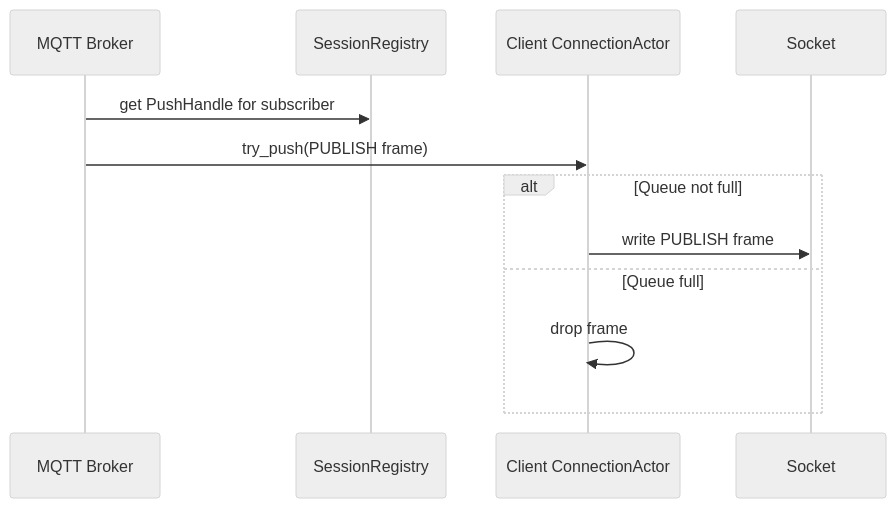
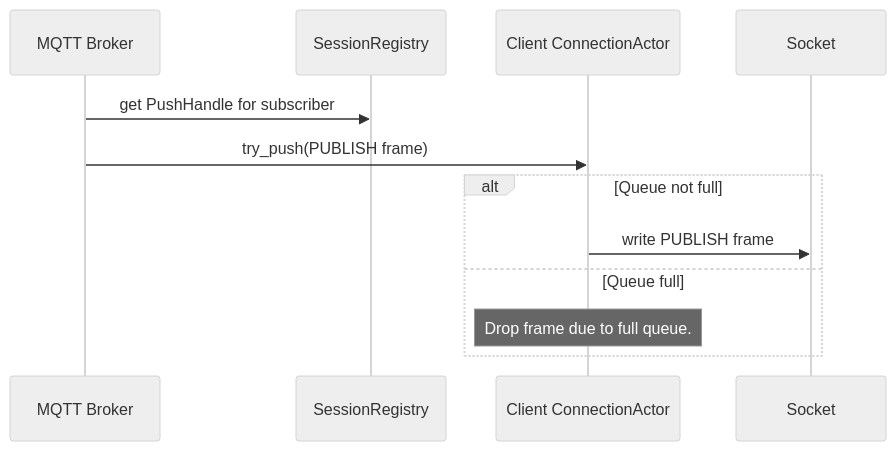
One commit to leynos/wireframe changed the seventh of 7 diagrams in docs/asynchronous-outbound-messaging-design.md. Above: the diagram before and after it, drawn with Mermaid (neutral theme). The commit also changed other lines of this file, not shown here.

First line of the commit message:
Fix mermaid queue arrows (#126)

````diff
--- a/docs/asynchronous-outbound-messaging-design.md
+++ b/docs/asynchronous-outbound-messaging-design.md
@@ -452,14 +463,14 @@
 ```mermaid
 sequenceDiagram
     participant Broker as MQTT Broker
     participant SessionRegistry
     participant ConnectionActor as Client ConnectionActor
     participant Socket
     Broker->>SessionRegistry: get PushHandle for subscriber
     Broker->>ConnectionActor: try_push(PUBLISH frame)
     alt Queue not full
         ConnectionActor->>Socket: write PUBLISH frame
     else Queue full
-        ConnectionActor->>ConnectionActor: drop frame
+        Note over ConnectionActor: Drop frame due to full queue.
     end
 ```
````
